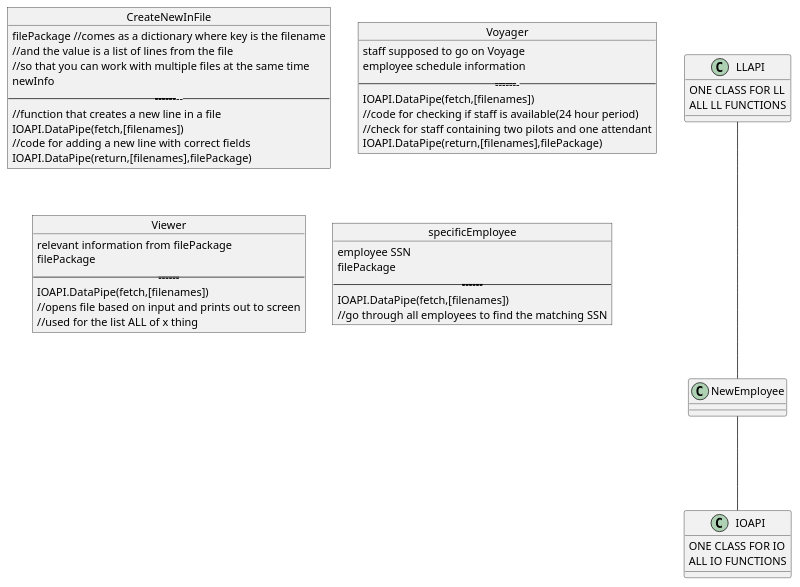
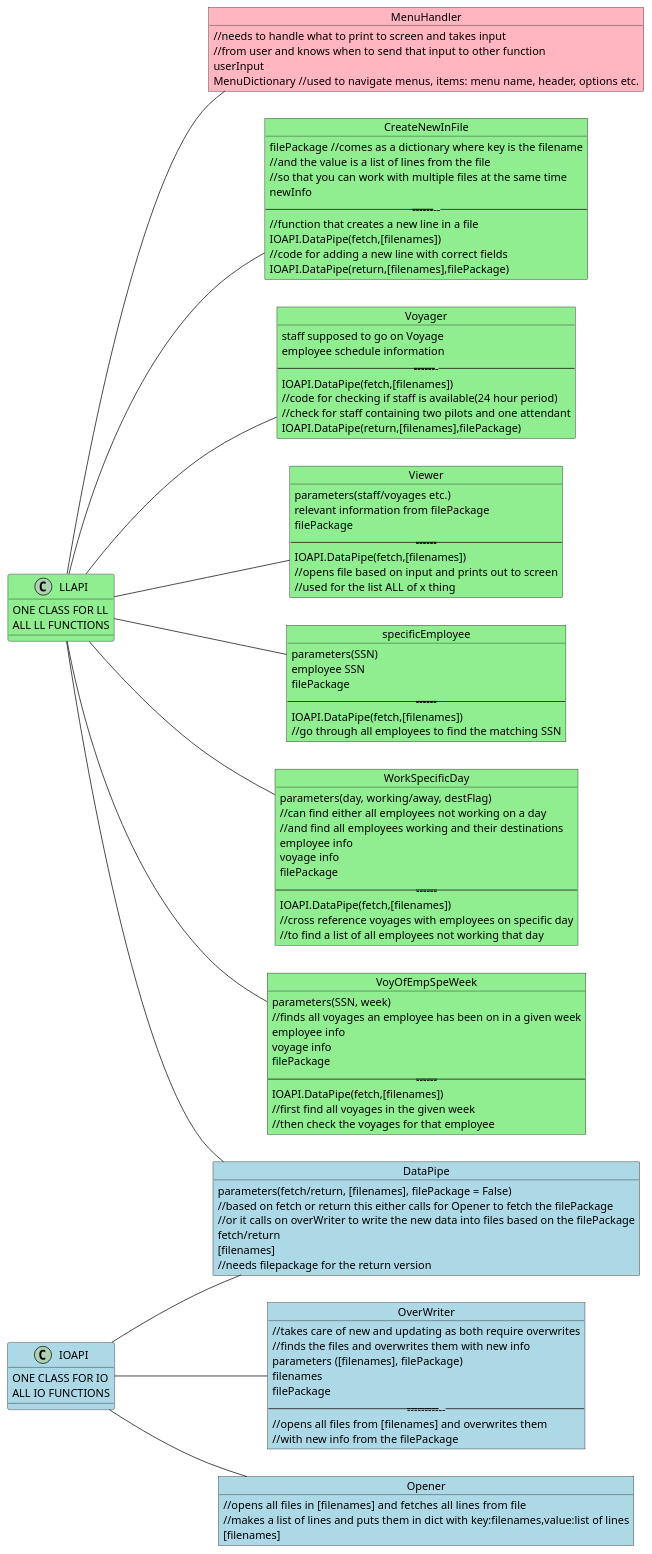
One commit to MyraMidnight/VLN1_h16 changed the diagram in diagrams/class/layeredrit.wsd. Above: the diagram before and after it, drawn with PlantUML. The commit also changed 2 other files, not shown here.

```diff
--- a/diagrams/class/layeredrit.wsd
+++ b/diagrams/class/layeredrit.wsd
@@ -3,58 +3,126 @@
 @startuml Layeredrit
 
 
 
-class LLAPI {
+class LLAPI  #LightGreen{
     ONE CLASS FOR LL
     ALL LL FUNCTIONS
 }
 
-object CreateNewInFile {
+object MenuHandler #LightPink {
+    //needs to handle what to print to screen and takes input
+    //from user and knows when to send that input to other function
+    userInput
+    MenuDictionary //used to navigate menus, items: menu name, header, options etc.
+}
+
+object CreateNewInFile  #LightGreen{
     filePackage //comes as a dictionary where key is the filename
     //and the value is a list of lines from the file
     //so that you can work with multiple files at the same time
     newInfo
     ------------------------------------
     //function that creates a new line in a file
     IOAPI.DataPipe(fetch,[filenames])
     //code for adding a new line with correct fields
     IOAPI.DataPipe(return,[filenames],filePackage)
 }
 
-object Voyager {
+object Voyager  #LightGreen{
     staff supposed to go on Voyage
     employee schedule information
     -----------------------------------
     IOAPI.DataPipe(fetch,[filenames])
     //code for checking if staff is available(24 hour period)
     //check for staff containing two pilots and one attendant
     IOAPI.DataPipe(return,[filenames],filePackage)
 }
 
-object Viewer {
+object Viewer  #LightGreen{
+    parameters(staff/voyages etc.)
     relevant information from filePackage
     filePackage
     ----------------------------------
     IOAPI.DataPipe(fetch,[filenames])
     //opens file based on input and prints out to screen
     //used for the list ALL of x thing
 }
 
-object specificEmployee {
+object specificEmployee  #LightGreen{
+    parameters(SSN)
     employee SSN
     filePackage
     ----------------------------------
     IOAPI.DataPipe(fetch,[filenames])
     //go through all employees to find the matching SSN
 }
 
-class IOAPI {
+object WorkSpecificDay  #LightGreen{
+    parameters(day, working/away, destFlag)
+    //can find either all employees not working on a day
+    //and find all employees working and their destinations
+    employee info
+    voyage info
+    filePackage
+    ----------------------------------
+    IOAPI.DataPipe(fetch,[filenames])
+    //cross reference voyages with employees on specific day
+    //to find a list of all employees not working that day
+}
+
+object VoyOfEmpSpeWeek #LightGreen{
+    parameters(SSN, week)
+    //finds all voyages an employee has been on in a given week
+    employee info
+    voyage info
+    filePackage
+    ----------------------------------
+    IOAPI.DataPipe(fetch,[filenames])
+    //first find all voyages in the given week
+    //then check the voyages for that employee
+}
+
+class IOAPI #LightBlue{
     ONE CLASS FOR IO
     ALL IO FUNCTIONS
 }
 
+object OverWriter  #LightBlue{
+    //takes care of new and updating as both require overwrites
+    //finds the files and overwrites them with new info
+    parameters ([filenames], filePackage)
+    filenames
+    filePackage
+    ---------------------------------------------------
+    //opens all files from [filenames] and overwrites them
+    //with new info from the filePackage
+}
 
-LLAPI --- NewEmployee
-NewEmployee --- IOAPI
+object Opener  #LightBlue{
+    //opens all files in  [filenames] and fetches all lines from file
+    //makes a list of lines and puts them in dict with key:filenames,value:list of lines
+    [filenames]
+}
 
+object DataPipe  #LightBlue{
+    parameters(fetch/return, [filenames], filePackage = False)
+    //based on fetch or return this either calls for Opener to fetch the filePackage
+    //or it calls on overWriter to write the new data into files based on the filePackage
+    fetch/return
+    [filenames]
+    //needs filepackage for the return version
+    
+} 
+left to right direction
+LLAPI --- CreateNewInFile
+LLAPI --- Voyager
+LLAPI --- Viewer
+LLAPI --- specificEmployee
+LLAPI --- WorkSpecificDay
+LLAPI --- VoyOfEmpSpeWeek
+LLAPI --- MenuHandler
+IOAPI --- Opener
+IOAPI --- OverWriter
+IOAPI --- DataPipe
+LLAPI --- DataPipe
 @enduml
```
